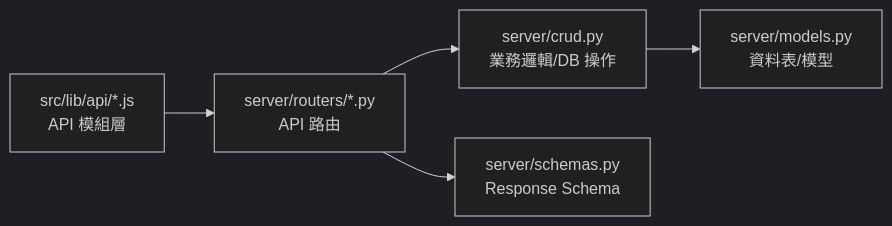
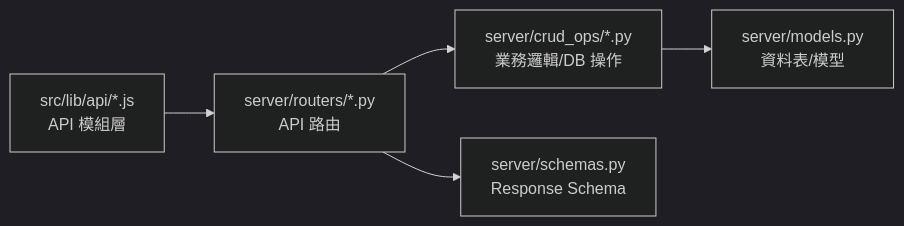
The first of 15 diagrams in docs/product/data-flows.md (Shawn-csy/write_project), drawn with Mermaid (dark theme) before and after one commit. The commit also changed other lines of this file and 5 other files, not shown here.

Commit message:
Document PostgreSQL-first architecture and update CRUD path references

````diff
--- a/docs/product/data-flows.md
+++ b/docs/product/data-flows.md
@@ -9,7 +9,7 @@
 ```mermaid
 flowchart LR
   A[src/lib/api/*.js\nAPI 模組層] --> B[server/routers/*.py\nAPI 路由]
-  B --> C[server/crud.py\n業務邏輯/DB 操作]
+  B --> C[server/crud_ops/*.py\n業務邏輯/DB 操作]
   C --> D[server/models.py\n資料表/模型]
   B --> E[server/schemas.py\nResponse Schema]
 ```
````
